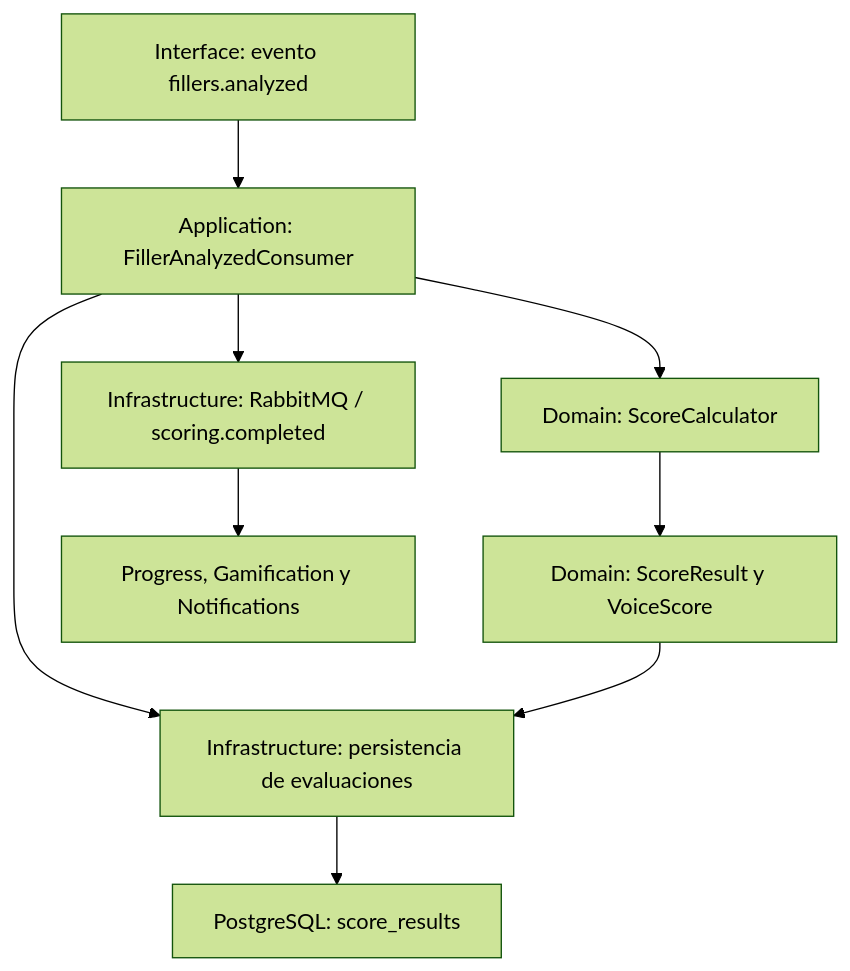
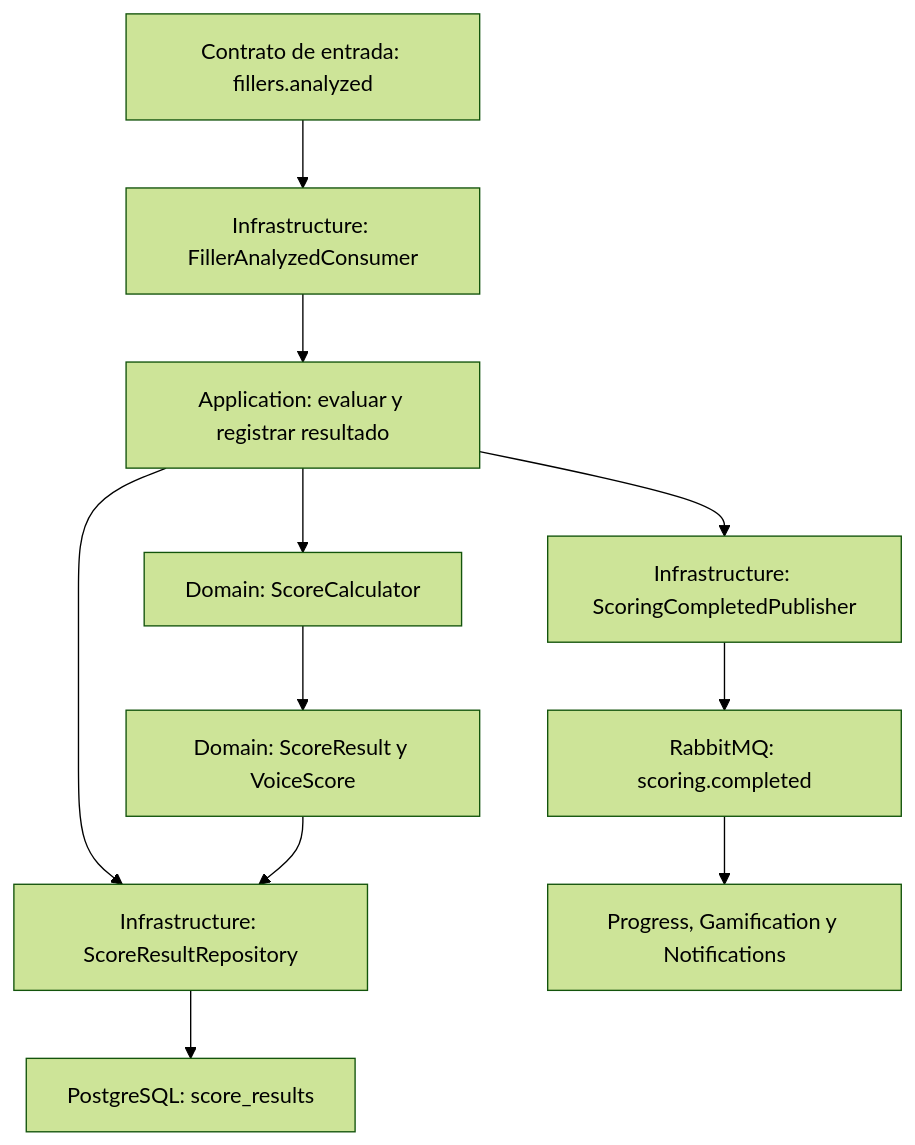
Before and after one commit to upc-pre-202620-si728-16365-thropic/talki-project-report: the diagram in assets/diagrams/tactical/03-scoring-feedback-components.mmd, drawn with Mermaid (forest theme). The commit also changed 23 other files, not shown here.

```diff
--- a/assets/diagrams/tactical/03-scoring-feedback-components.mmd
+++ b/assets/diagrams/tactical/03-scoring-feedback-components.mmd
@@ -1,9 +1,11 @@
 flowchart TB
-  input["Interface: evento fillers.analyzed"] --> app["Application: FillerAnalyzedConsumer"]
+  input["Contrato de entrada: fillers.analyzed"] --> listener["Infrastructure: FillerAnalyzedConsumer"]
+  listener --> app["Application: evaluar y registrar resultado"]
   app --> calculator["Domain: ScoreCalculator"]
   calculator --> score["Domain: ScoreResult y VoiceScore"]
-  app --> repo["Infrastructure: persistencia de evaluaciones"]
+  app --> repo["Infrastructure: ScoreResultRepository"]
   score --> repo
   repo --> db["PostgreSQL: score_results"]
-  app --> broker["Infrastructure: RabbitMQ / scoring.completed"]
+  app --> pub["Infrastructure: ScoringCompletedPublisher"]
+  pub --> broker["RabbitMQ: scoring.completed"]
   broker --> next["Progress, Gamification y Notifications"]
```
